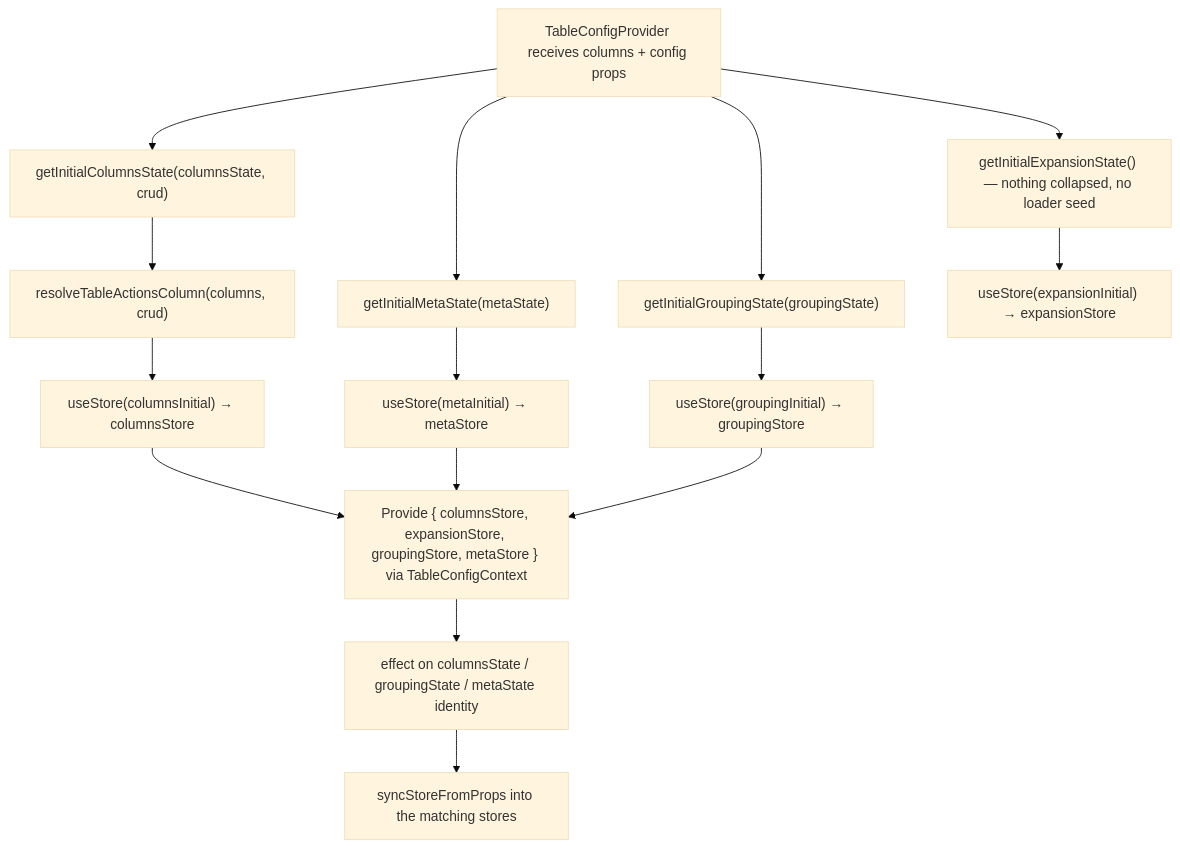
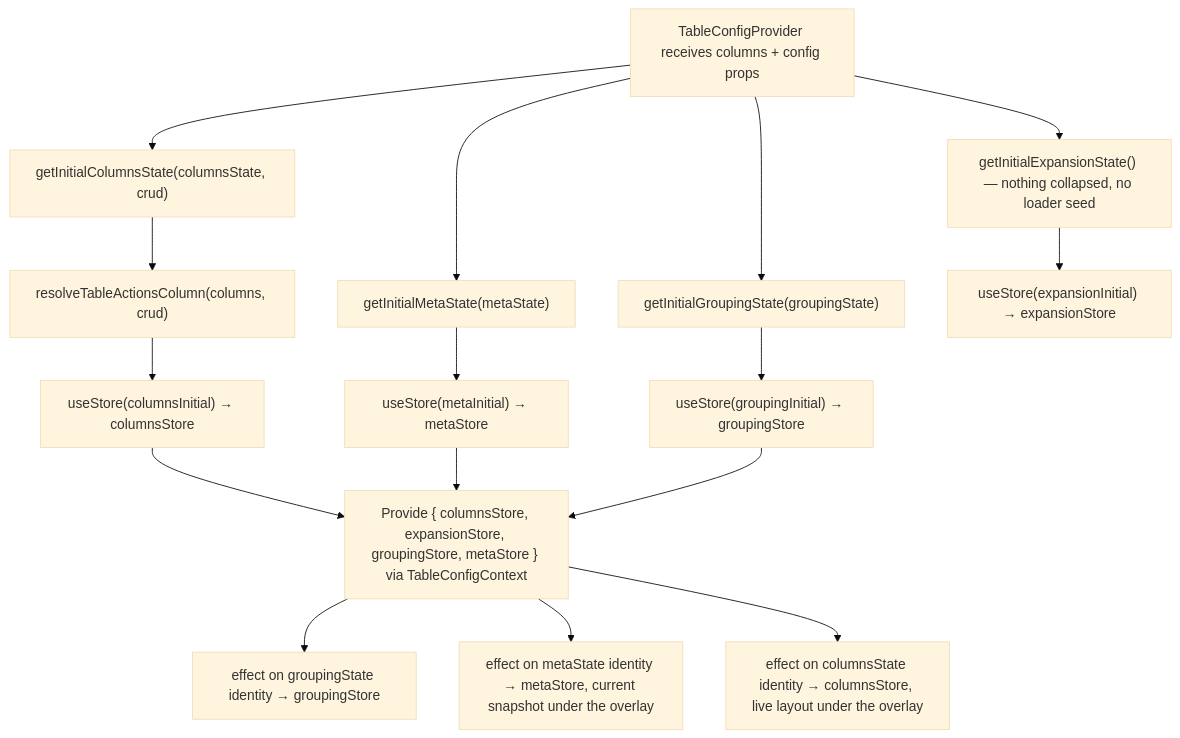
The second of 3 diagrams in packages/ui/src/components/Table/contexts/TableConfig/ARCHITECTURE.md (luciocabrera/lcabrera-stack), drawn with Mermaid (base theme) before and after one commit. The commit also changed other lines of this file and 3 other files, not shown here.

First line of the commit message:
fix(ui): sync each TableConfig snapshot in its own effect

````diff
--- a/packages/ui/src/components/Table/contexts/TableConfig/ARCHITECTURE.md
+++ b/packages/ui/src/components/Table/contexts/TableConfig/ARCHITECTURE.md
@@ -260,18 +260,19 @@
 ```mermaid
 graph TD
   A["TableConfigProvider receives columns + config props"]
   A --> B["getInitialColumnsState(columnsState, crud)"]
   A --> C["getInitialMetaState(metaState)"]
   A --> G["getInitialGroupingState(groupingState)"]
   A --> GE["getInitialExpansionState() — nothing collapsed, no loader seed"]
   B --> B1["resolveTableActionsColumn(columns, crud)"]
   B1 --> D["useStore(columnsInitial) → columnsStore"]
   C --> E["useStore(metaInitial) → metaStore"]
   G --> H["useStore(groupingInitial) → groupingStore"]
   GE --> HE["useStore(expansionInitial) → expansionStore"]
   D --> F["Provide { columnsStore, expansionStore, groupingStore, metaStore } via TableConfigContext"]
   E --> F
   H --> F
-  F --> S["effect on columnsState / groupingState / metaState identity"]
-  S --> W["syncStoreFromProps into the matching stores"]
+  F --> Gfx["effect on groupingState identity → groupingStore"]
+  F --> Mfx["effect on metaState identity → metaStore, current snapshot under the overlay"]
+  F --> Cfx["effect on columnsState identity → columnsStore, live layout under the overlay"]
 ```
````
